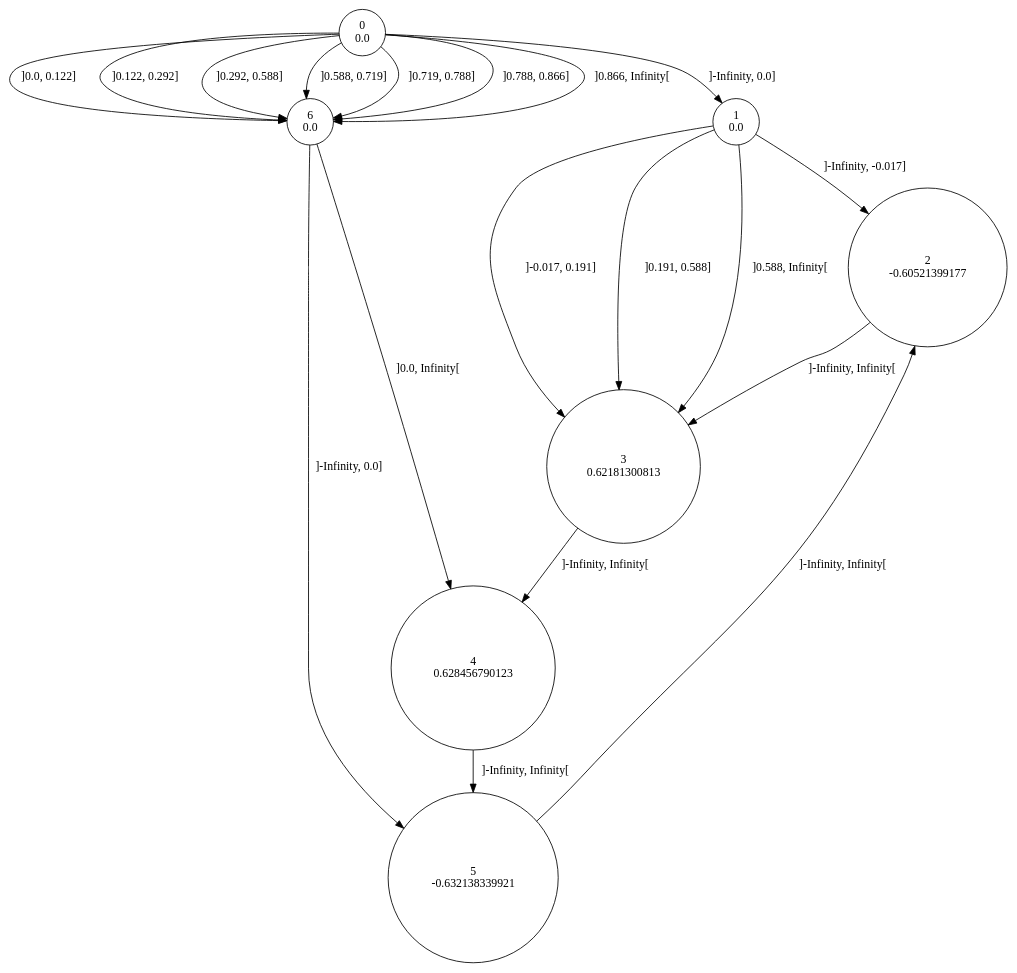
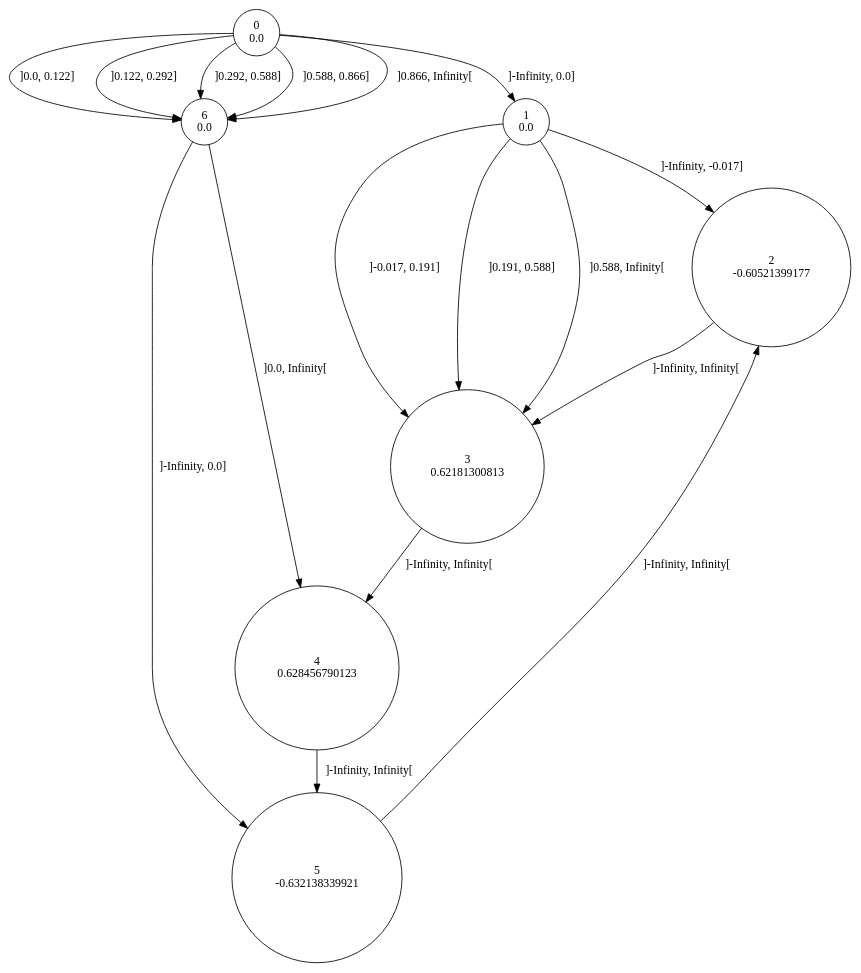
One commit to gllpellegrino/RAI_experiments changed the diagram in sinus/data/4/rtitm.dot. Above: the diagram before and after it, drawn with Graphviz. The commit also changed 14 other files, not shown here.

```diff
--- a/sinus/data/4/rtitm.dot
+++ b/sinus/data/4/rtitm.dot
@@ -1,27 +1,25 @@
 digraph a {
 0 [shape=circle, label="0\n0.0"];
 	0->1 [ label="]-Infinity, 0.0]"];
 	0->6 [ label="]0.0, 0.122]"];
 	0->6 [ label="]0.122, 0.292]"];
 	0->6 [ label="]0.292, 0.588]"];
-	0->6 [ label="]0.588, 0.719]"];
-	0->6 [ label="]0.719, 0.788]"];
-	0->6 [ label="]0.788, 0.866]"];
+	0->6 [ label="]0.588, 0.866]"];
 	0->6 [ label="]0.866, Infinity["];
 1 [shape=circle, label="1\n0.0"];
 	1->2 [ label="]-Infinity, -0.017]"];
 	1->3 [ label="]-0.017, 0.191]"];
 	1->3 [ label="]0.191, 0.588]"];
 	1->3 [ label="]0.588, Infinity["];
 2 [shape=circle, label="2\n-0.60521399177"];
 	2->3 [ label="]-Infinity, Infinity["];
 3 [shape=circle, label="3\n0.62181300813"];
 	3->4 [ label="]-Infinity, Infinity["];
 4 [shape=circle, label="4\n0.628456790123"];
 	4->5 [ label="]-Infinity, Infinity["];
 5 [shape=circle, label="5\n-0.632138339921"];
 	5->2 [ label="]-Infinity, Infinity["];
 6 [shape=circle, label="6\n0.0"];
 	6->5 [ label="]-Infinity, 0.0]"];
 	6->4 [ label="]0.0, Infinity["];
 }
```
